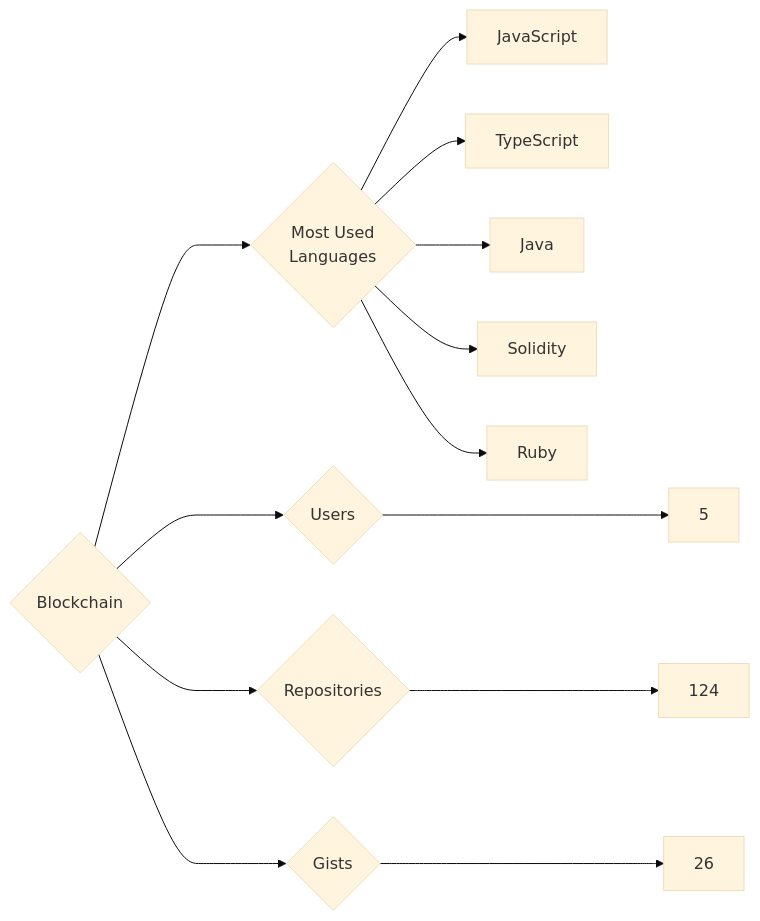
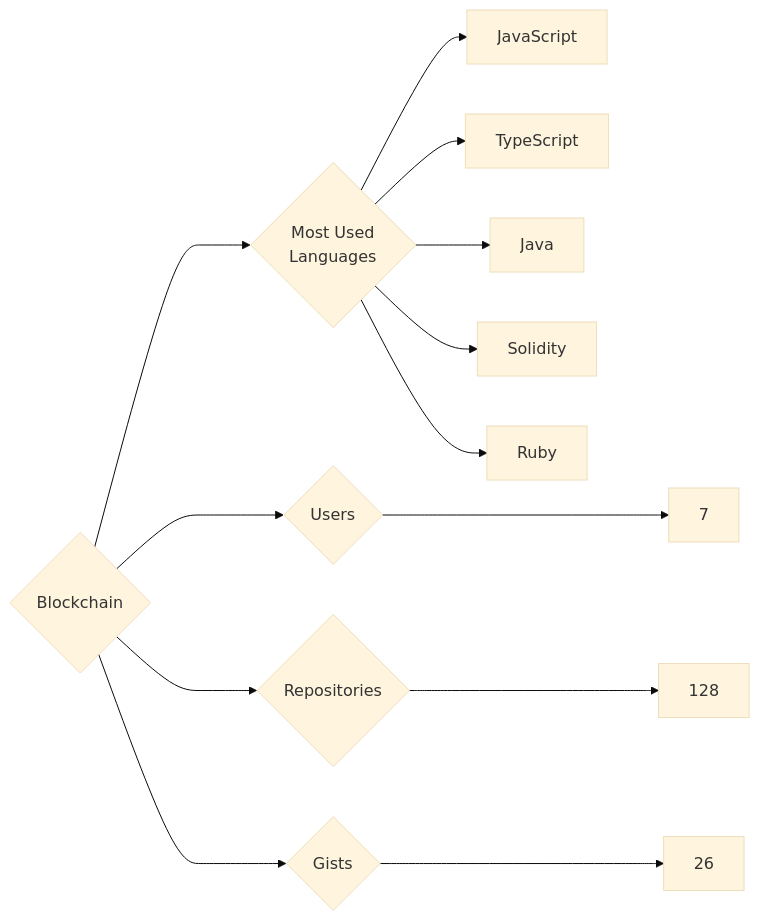
One commit to trickest/insiders changed the diagram in targets/Blockchain/README.md. Above: the diagram before and after it, drawn with Mermaid (base theme). The commit also changed 1088 other files, not shown here.

````diff
--- a/targets/Blockchain/README.md
+++ b/targets/Blockchain/README.md
@@ -3,13 +3,13 @@
 ```mermaid
 graph LR
 COMPANY_NAME{Blockchain}
-COMPANY_NAME ---> U{Users} ---> UN[5]
-COMPANY_NAME ---> R{Repositories} ---> RN[124]
+COMPANY_NAME ---> U{Users} ---> UN[7]
+COMPANY_NAME ---> R{Repositories} ---> RN[128]
 COMPANY_NAME ---> G{Gists} ---> GN[26]
 COMPANY_NAME ---> ML{Most Used<br>Languages}
 ML --> JavaScript[JavaScript]
 ML --> TypeScript[TypeScript]
 ML --> Java[Java]
 ML --> Solidity[Solidity]
 ML --> Ruby[Ruby]
 ```
````
